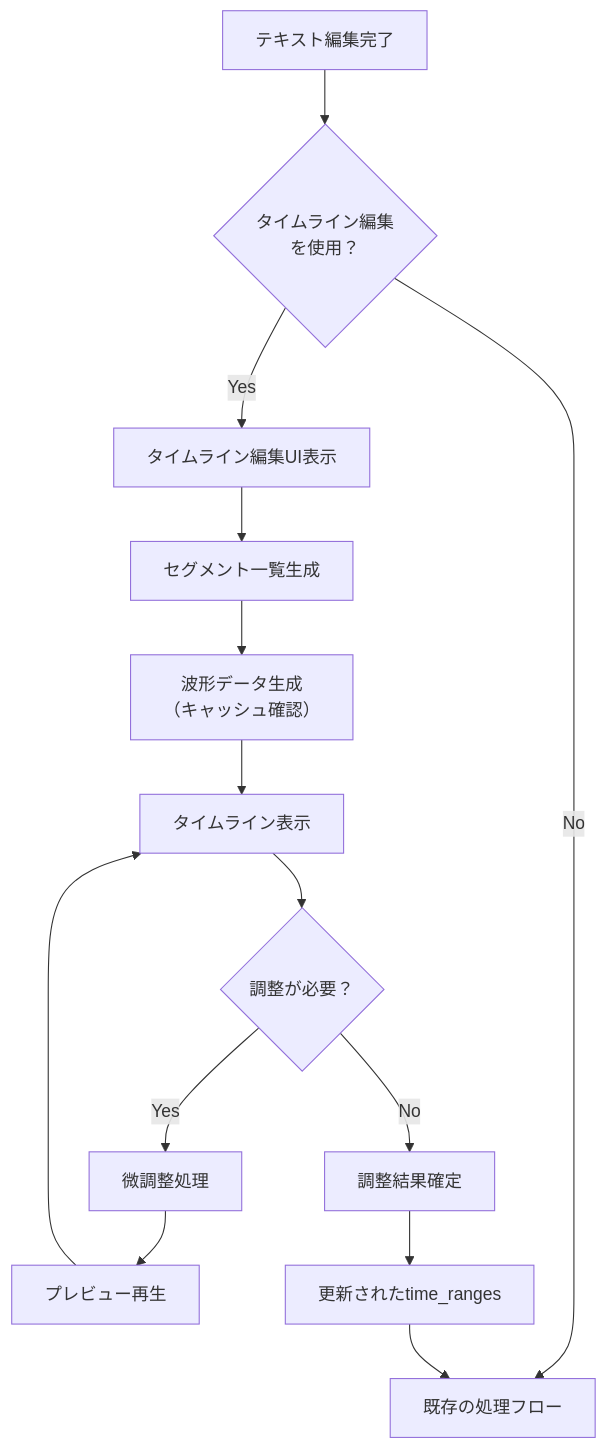
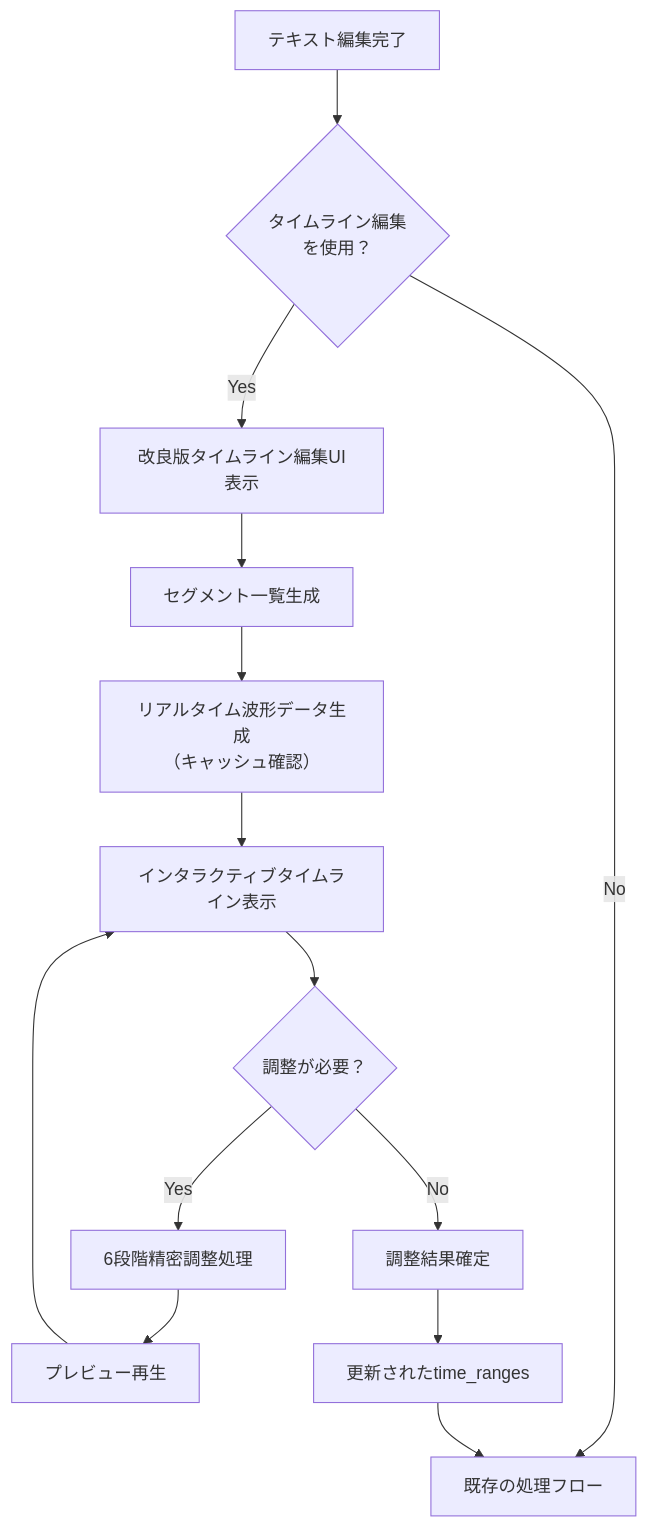
Before and after one commit to Coidemo/TextffCut: diagram 11 of 32 in docs/basic_design_specification_v2.md, drawn with Mermaid. The commit also changed other lines of this file and 27 other files, not shown here.

````diff
--- a/docs/basic_design_specification_v2.md
+++ b/docs/basic_design_specification_v2.md
@@ -403,16 +403,16 @@
 ```mermaid
 flowchart TD
     A[テキスト編集完了] --> B{タイムライン編集<br/>を使用？}
     B -->|No| C[既存の処理フロー]
-    B -->|Yes| D[タイムライン編集UI表示]
+    B -->|Yes| D[改良版タイムライン編集UI表示]
     D --> E[セグメント一覧生成]
-    E --> F[波形データ生成<br/>（キャッシュ確認）]
-    F --> G[タイムライン表示]
+    E --> F[リアルタイム波形データ生成<br/>（キャッシュ確認）]
+    F --> G[インタラクティブタイムライン表示]
     G --> H{調整が必要？}
-    H -->|Yes| I[微調整処理]
+    H -->|Yes| I[6段階精密調整処理]
     I --> J[プレビュー再生]
     J --> G
     H -->|No| K[調整結果確定]
     K --> L[更新されたtime_ranges]
     L --> C
 ```
````
